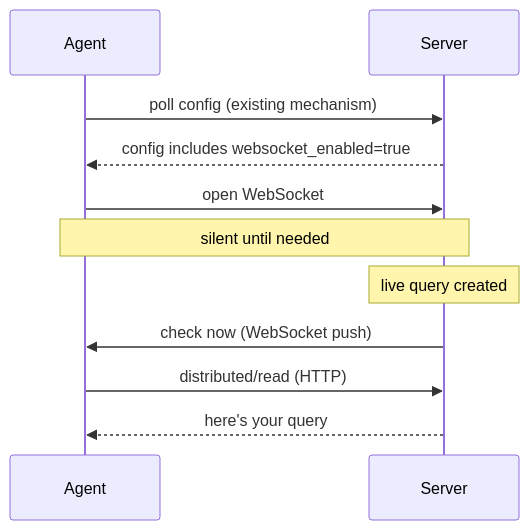
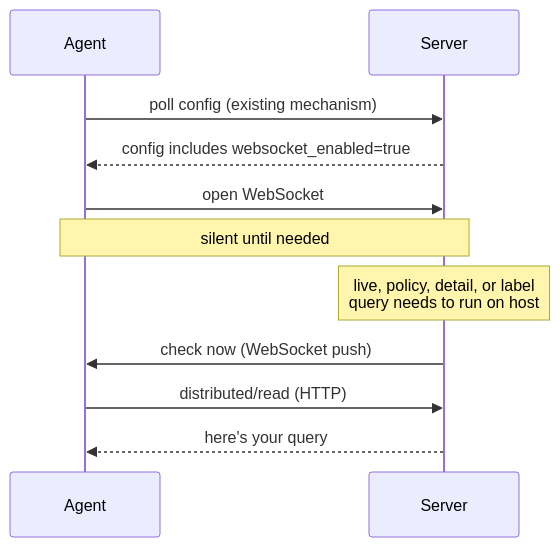
The second of 4 diagrams in docs/Contributing/adr/0011-agent-websocket-transport.md (fleetdm/fleet), drawn with Mermaid before and after one commit. The commit also changed other lines of this file, not shown here.

````diff
--- a/docs/Contributing/adr/0011-agent-websocket-transport.md
+++ b/docs/Contributing/adr/0011-agent-websocket-transport.md
@@ -70,15 +70,15 @@
 ```mermaid
 sequenceDiagram
     participant Agent
     participant Server
 
     Agent->>Server: poll config (existing mechanism)
     Server-->>Agent: config includes websocket_enabled=true
     Agent->>Server: open WebSocket
     Note over Agent,Server: silent until needed
 
-    Note over Server: live query created
+    Note over Server: live, policy, detail, or label<br>query needs to run on host
     Server->>Agent: check now (WebSocket push)
     Agent->>Server: distributed/read (HTTP)
     Server-->>Agent: here's your query
 ```
````
